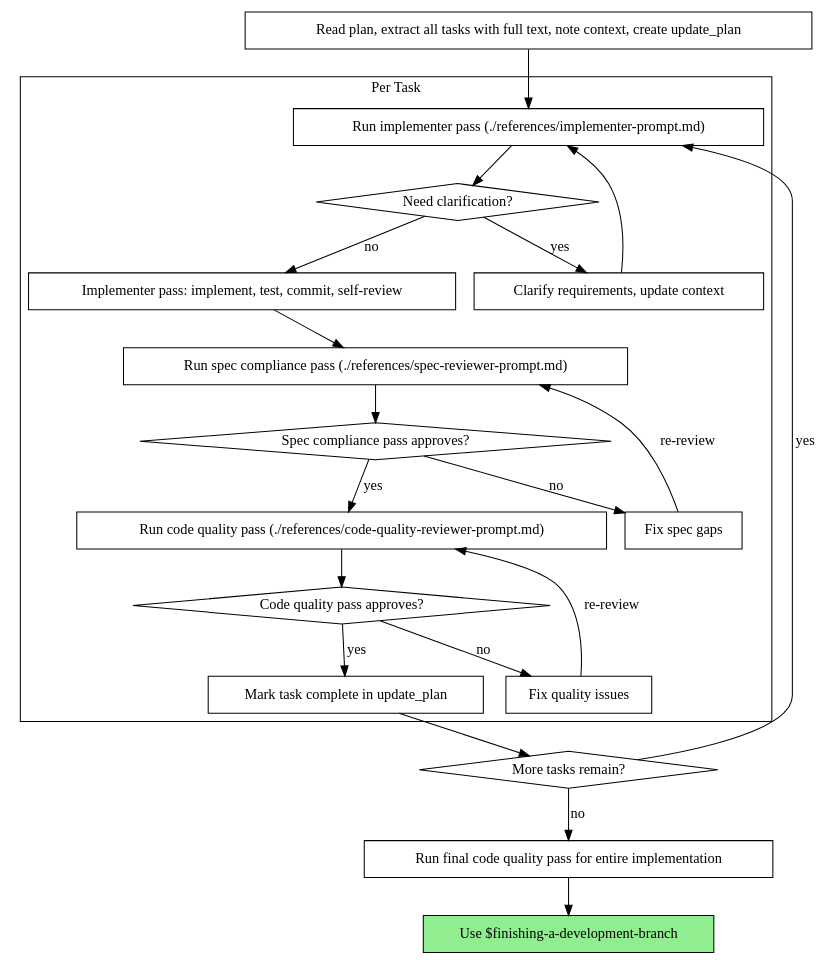
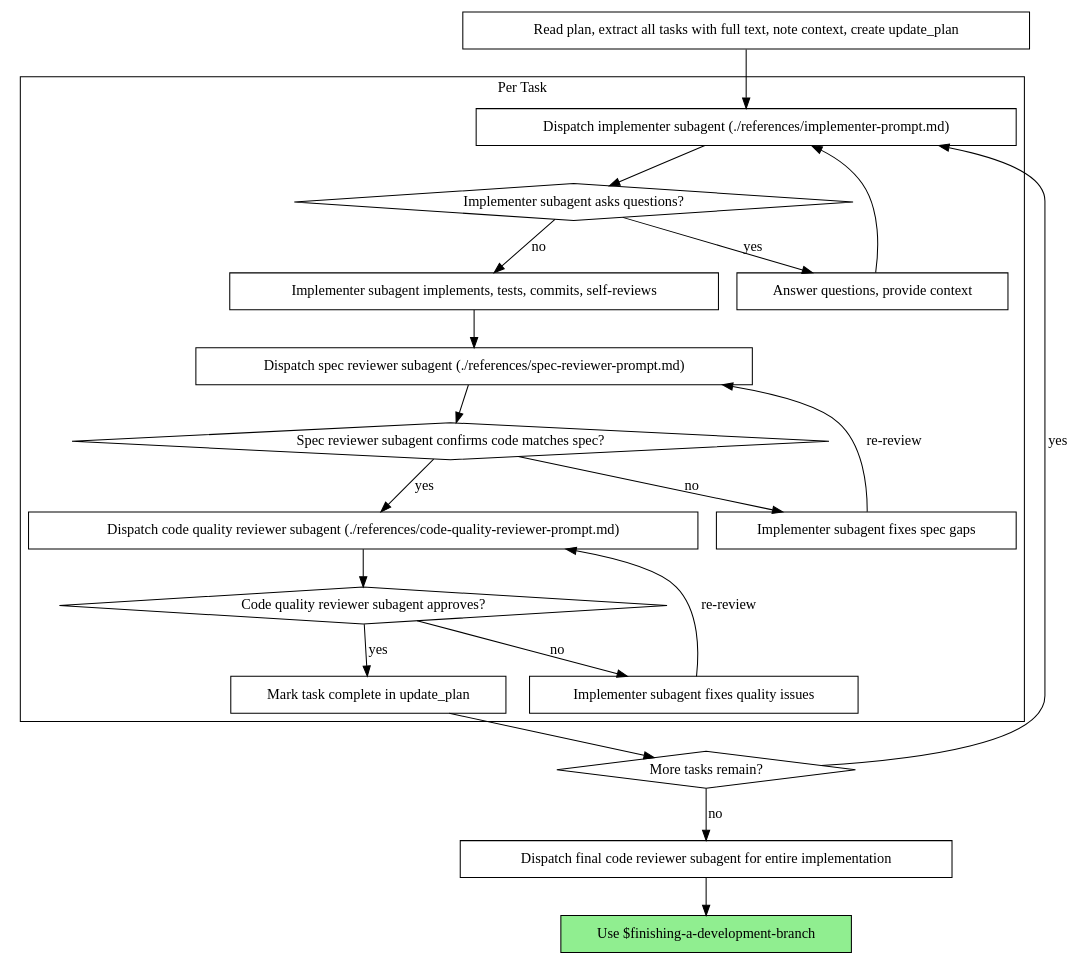
The second of 2 diagrams in skills/subagent-driven-development/SKILL.md (markelz0r/superpowers-codex), drawn with Graphviz before and after one commit. The commit also changed other lines of this file, not shown here.

````diff
--- a/skills/subagent-driven-development/SKILL.md
+++ b/skills/subagent-driven-development/SKILL.md
@@ -42,44 +42,44 @@
 ```dot
 digraph process {
     rankdir=TB;
 
     subgraph cluster_per_task {
         label="Per Task";
-        "Run implementer pass (./references/implementer-prompt.md)" [shape=box];
-        "Need clarification?" [shape=diamond];
-        "Clarify requirements, update context" [shape=box];
-        "Implementer pass: implement, test, commit, self-review" [shape=box];
-        "Run spec compliance pass (./references/spec-reviewer-prompt.md)" [shape=box];
-        "Spec compliance pass approves?" [shape=diamond];
-        "Fix spec gaps" [shape=box];
-        "Run code quality pass (./references/code-quality-reviewer-prompt.md)" [shape=box];
-        "Code quality pass approves?" [shape=diamond];
-        "Fix quality issues" [shape=box];
+        "Dispatch implementer subagent (./references/implementer-prompt.md)" [shape=box];
+        "Implementer subagent asks questions?" [shape=diamond];
+        "Answer questions, provide context" [shape=box];
+        "Implementer subagent implements, tests, commits, self-reviews" [shape=box];
+        "Dispatch spec reviewer subagent (./references/spec-reviewer-prompt.md)" [shape=box];
+        "Spec reviewer subagent confirms code matches spec?" [shape=diamond];
+        "Implementer subagent fixes spec gaps" [shape=box];
+        "Dispatch code quality reviewer subagent (./references/code-quality-reviewer-prompt.md)" [shape=box];
+        "Code quality reviewer subagent approves?" [shape=diamond];
+        "Implementer subagent fixes quality issues" [shape=box];
         "Mark task complete in update_plan" [shape=box];
     }
 
     "Read plan, extract all tasks with full text, note context, create update_plan" [shape=box];
     "More tasks remain?" [shape=diamond];
-    "Run final code quality pass for entire implementation" [shape=box];
+    "Dispatch final code reviewer subagent for entire implementation" [shape=box];
     "Use $finishing-a-development-branch" [shape=box style=filled fillcolor=lightgreen];
 
-    "Read plan, extract all tasks with full text, note context, create update_plan" -> "Run implementer pass (./references/implementer-prompt.md)";
-    "Run implementer pass (./references/implementer-prompt.md)" -> "Need clarification?";
-    "Need clarification?" -> "Clarify requirements, update context" [label="yes"];
-    "Clarify requirements, update context" -> "Run implementer pass (./references/implementer-prompt.md)";
-    "Need clarification?" -> "Implementer pass: implement, test, commit, self-review" [label="no"];
-    "Implementer pass: implement, test, commit, self-review" -> "Run spec compliance pass (./references/spec-reviewer-prompt.md)";
-    "Run spec compliance pass (./references/spec-reviewer-prompt.md)" -> "Spec compliance pass approves?";
-    "Spec compliance pass approves?" -> "Fix spec gaps" [label="no"];
-    "Fix spec gaps" -> "Run spec compliance pass (./references/spec-reviewer-prompt.md)" [label="re-review"];
-    "Spec compliance pass approves?" -> "Run code quality pass (./references/code-quality-reviewer-prompt.md)" [label="yes"];
-    "Run code quality pass (./references/code-quality-reviewer-prompt.md)" -> "Code quality pass approves?";
-    "Code quality pass approves?" -> "Fix quality issues" [label="no"];
-    "Fix quality issues" -> "Run code quality pass (./references/code-quality-reviewer-prompt.md)" [label="re-review"];
-    "Code quality pass approves?" -> "Mark task complete in update_plan" [label="yes"];
+    "Read plan, extract all tasks with full text, note context, create update_plan" -> "Dispatch implementer subagent (./references/implementer-prompt.md)";
+    "Dispatch implementer subagent (./references/implementer-prompt.md)" -> "Implementer subagent asks questions?";
+    "Implementer subagent asks questions?" -> "Answer questions, provide context" [label="yes"];
+    "Answer questions, provide context" -> "Dispatch implementer subagent (./references/implementer-prompt.md)";
+    "Implementer subagent asks questions?" -> "Implementer subagent implements, tests, commits, self-reviews" [label="no"];
+    "Implementer subagent implements, tests, commits, self-reviews" -> "Dispatch spec reviewer subagent (./references/spec-reviewer-prompt.md)";
+    "Dispatch spec reviewer subagent (./references/spec-reviewer-prompt.md)" -> "Spec reviewer subagent confirms code matches spec?";
+    "Spec reviewer subagent confirms code matches spec?" -> "Implementer subagent fixes spec gaps" [label="no"];
+    "Implementer subagent fixes spec gaps" -> "Dispatch spec reviewer subagent (./references/spec-reviewer-prompt.md)" [label="re-review"];
+    "Spec reviewer subagent confirms code matches spec?" -> "Dispatch code quality reviewer subagent (./references/code-quality-reviewer-prompt.md)" [label="yes"];
+    "Dispatch code quality reviewer subagent (./references/code-quality-reviewer-prompt.md)" -> "Code quality reviewer subagent approves?";
+    "Code quality reviewer subagent approves?" -> "Implementer subagent fixes quality issues" [label="no"];
+    "Implementer subagent fixes quality issues" -> "Dispatch code quality reviewer subagent (./references/code-quality-reviewer-prompt.md)" [label="re-review"];
+    "Code quality reviewer subagent approves?" -> "Mark task complete in update_plan" [label="yes"];
     "Mark task complete in update_plan" -> "More tasks remain?";
-    "More tasks remain?" -> "Run implementer pass (./references/implementer-prompt.md)" [label="yes"];
-    "More tasks remain?" -> "Run final code quality pass for entire implementation" [label="no"];
-    "Run final code quality pass for entire implementation" -> "Use $finishing-a-development-branch";
+    "More tasks remain?" -> "Dispatch implementer subagent (./references/implementer-prompt.md)" [label="yes"];
+    "More tasks remain?" -> "Dispatch final code reviewer subagent for entire implementation" [label="no"];
+    "Dispatch final code reviewer subagent for entire implementation" -> "Use $finishing-a-development-branch";
 }
 ```
````
